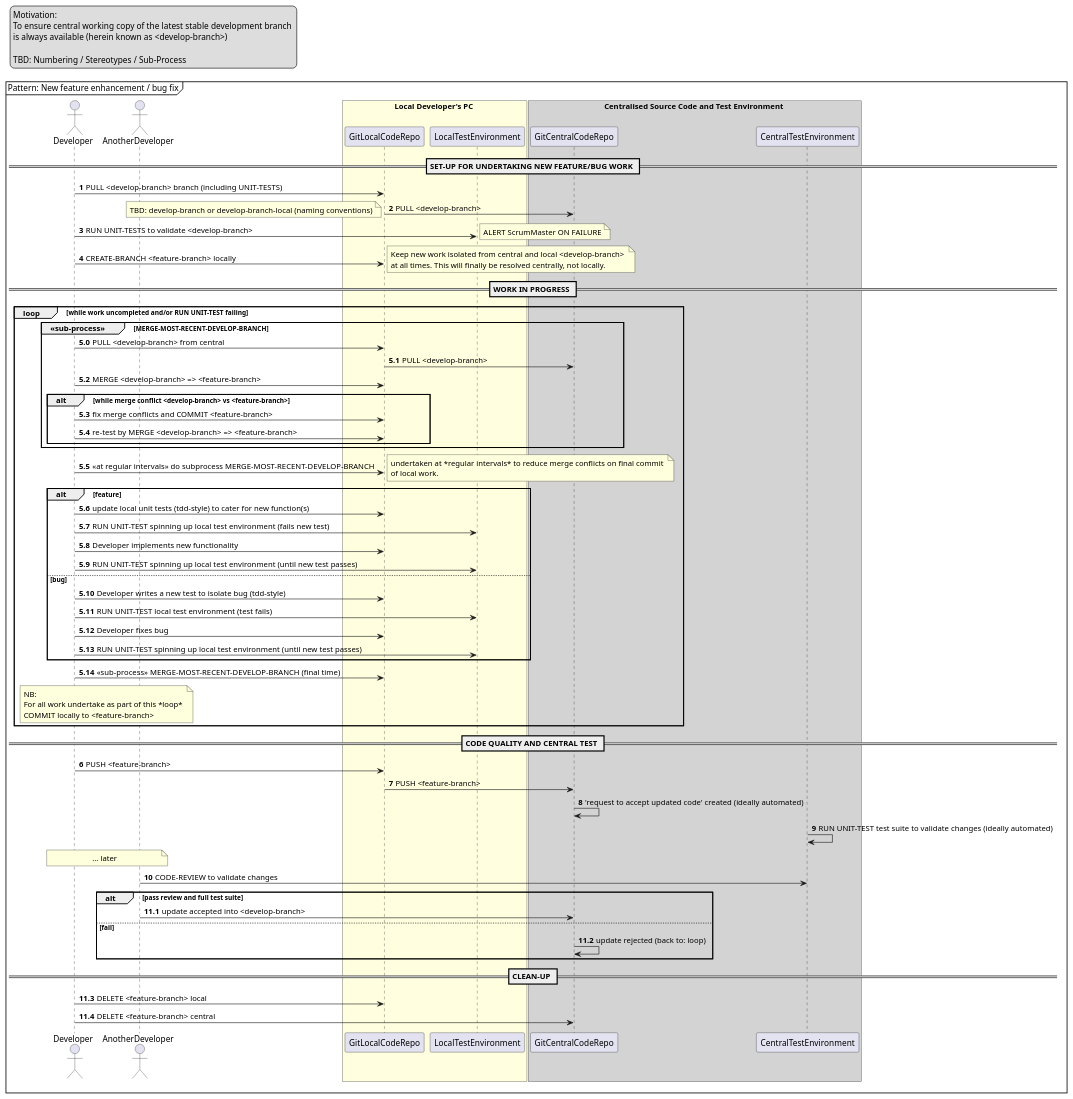
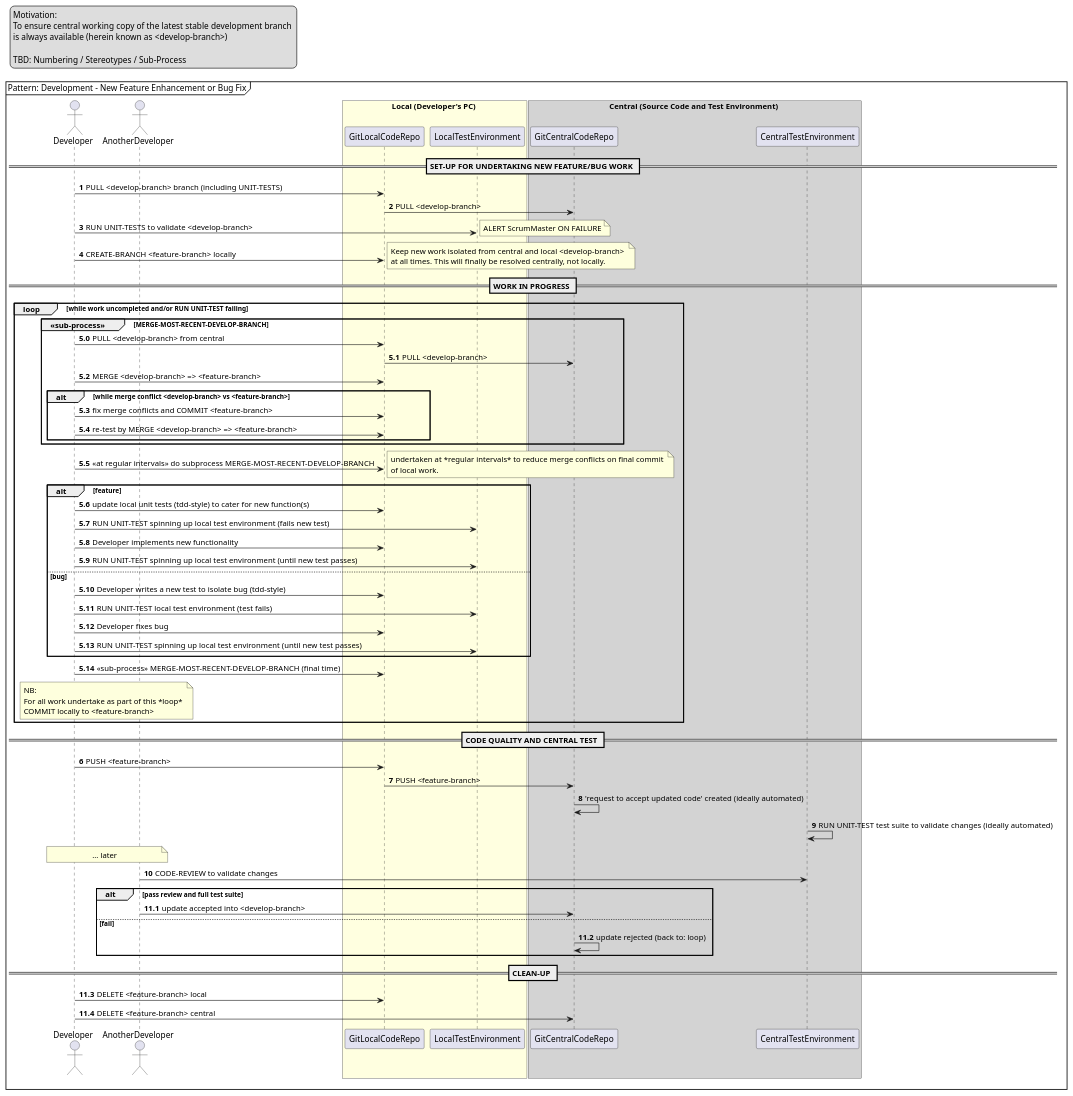
Before and after one commit to markcollinscope/epyx-process: the diagram in seq-dev.puml, drawn with PlantUML. The commit also changed 1 other file, not shown here.

```diff
--- a/seq-dev.puml
+++ b/seq-dev.puml
@@ -1,119 +1,113 @@
 @startuml seq-dev
 
 skinparam responseMessageBelowArrow true
 
-mainframe Pattern: New feature enhancement / bug fix
+mainframe Pattern: Development - New Feature Enhancement or Bug Fix
 
 legend top left
 Motivation: 
 To ensure central working copy of the latest stable development branch 
 is always available (herein known as <develop-branch>)
 
 TBD: Numbering / Stereotypes / Sub-Process
 end legend
 
 actor Developer as DEV
 actor AnotherDeveloper as ANDEV
 
-box Local Developer's PC #LightYellow
+box Local (Developer's PC) #LightYellow
     participant GitLocalCodeRepo as GLCR
 	participant LocalTestEnvironment as LTE
 end box
 
-box Centralised Source Code and Test Environment #LightGray
+box Central (Source Code and Test Environment) #LightGray
 	participant GitCentralCodeRepo as GC
 	participant CentralTestEnvironment as CTE
 end box
 
-autonumber 0
-autonumber inc A
+autonumber 1
 
 == SET-UP FOR UNDERTAKING NEW FEATURE/BUG WORK ==
 DEV -> GLCR: PULL <develop-branch> branch (including UNIT-TESTS)
 GLCR -> GC: PULL <develop-branch>
-
-'TBD
-note left
-	TBD: develop-branch or develop-branch-local (naming conventions)
-end note
 
 DEV -> LTE: RUN UNIT-TESTS to validate <develop-branch>
 	note right
 	ALERT ScrumMaster ON FAILURE
 	end note
 
 DEV -> GLCR: CREATE-BRANCH <feature-branch> locally
 	note right
 	Keep new work isolated from central and local <develop-branch> 
 	at all times. This will finally be resolved centrally, not locally.
 	end note
 
 == WORK IN PROGRESS ==
 loop while work uncompleted and/or RUN UNIT-TEST failing
 	autonumber 5.0
 	
 	group <<sub-process>> [MERGE-MOST-RECENT-DEVELOP-BRANCH]
 		DEV -> GLCR: PULL <develop-branch> from central
 		GLCR ->  GC: PULL <develop-branch>
 		DEV -> GLCR: MERGE <develop-branch> => <feature-branch>
 		alt while merge conflict <develop-branch> vs <feature-branch>
 			DEV -> GLCR: fix merge conflicts and COMMIT <feature-branch>
 			DEV -> GLCR: re-test by MERGE <develop-branch> => <feature-branch>
 		end
 	end
 
 	DEV -> GLCR: <<at regular intervals>> do subprocess MERGE-MOST-RECENT-DEVELOP-BRANCH
 	note right
 		undertaken at *regular intervals* to reduce merge conflicts on final commit 
 		of local work.
 	end note
 
 	alt feature
 		DEV -> GLCR: update local unit tests (tdd-style) to cater for new function(s)
 		DEV -> LTE: RUN UNIT-TEST spinning up local test environment (fails new test)
 		DEV -> GLCR: Developer implements new functionality
 		DEV -> LTE: RUN UNIT-TEST spinning up local test environment (until new test passes)
 
 	else bug
 		DEV -> GLCR: Developer writes a new test to isolate bug (tdd-style)
 		DEV -> LTE: RUN UNIT-TEST local test environment (test fails)
 		DEV -> GLCR: Developer fixes bug
 		DEV -> LTE: RUN UNIT-TEST spinning up local test environment (until new test passes)
 	end
 
 	DEV -> GLCR: <<sub-process>> MERGE-MOST-RECENT-DEVELOP-BRANCH (final time)
 	autonumber 5.3
 
 	note over DEV, ANDEV
 		NB: 
 		For all work undertake as part of this *loop* 
 		COMMIT locally to <feature-branch>
 	end note
 end
 
 == CODE QUALITY AND CENTRAL TEST ==
 autonumber 6
 DEV -> GLCR: PUSH <feature-branch>
 GLCR  -> GC: PUSH <feature-branch>
 GC  -> GC: 'request to accept updated code' created (ideally automated)
 CTE -> CTE: RUN UNIT-TEST test suite to validate changes (ideally automated)
 
 note over DEV, ANDEV
 ... later
 end note
 
 ANDEV -> CTE: CODE-REVIEW to validate changes
 
 alt pass review and full test suite
 	autonumber 11.1
 	ANDEV -> GC: update accepted into <develop-branch>
 else fail
 	autonumber 11.2
 	GC -> GC: update rejected (back to: loop)
 end
 
 == CLEAN-UP ==
 DEV -> GLCR: DELETE <feature-branch> local
 DEV -> GC: DELETE <feature-branch> central
 
 @enduml
```
